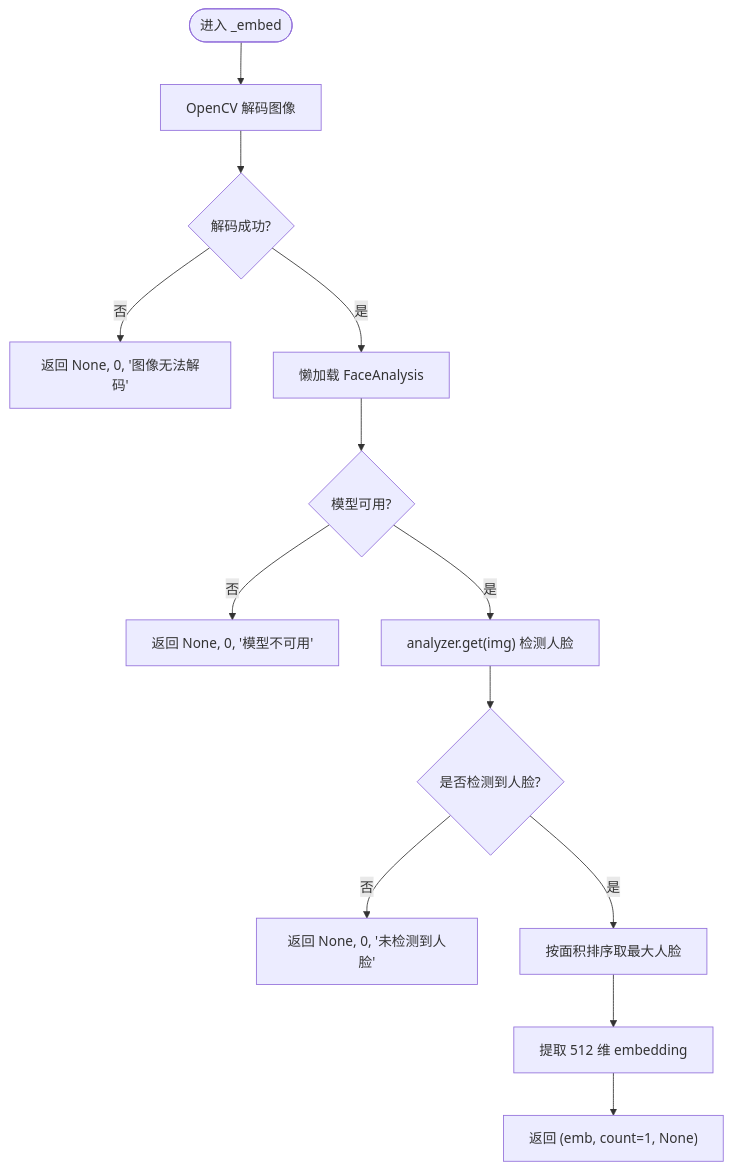
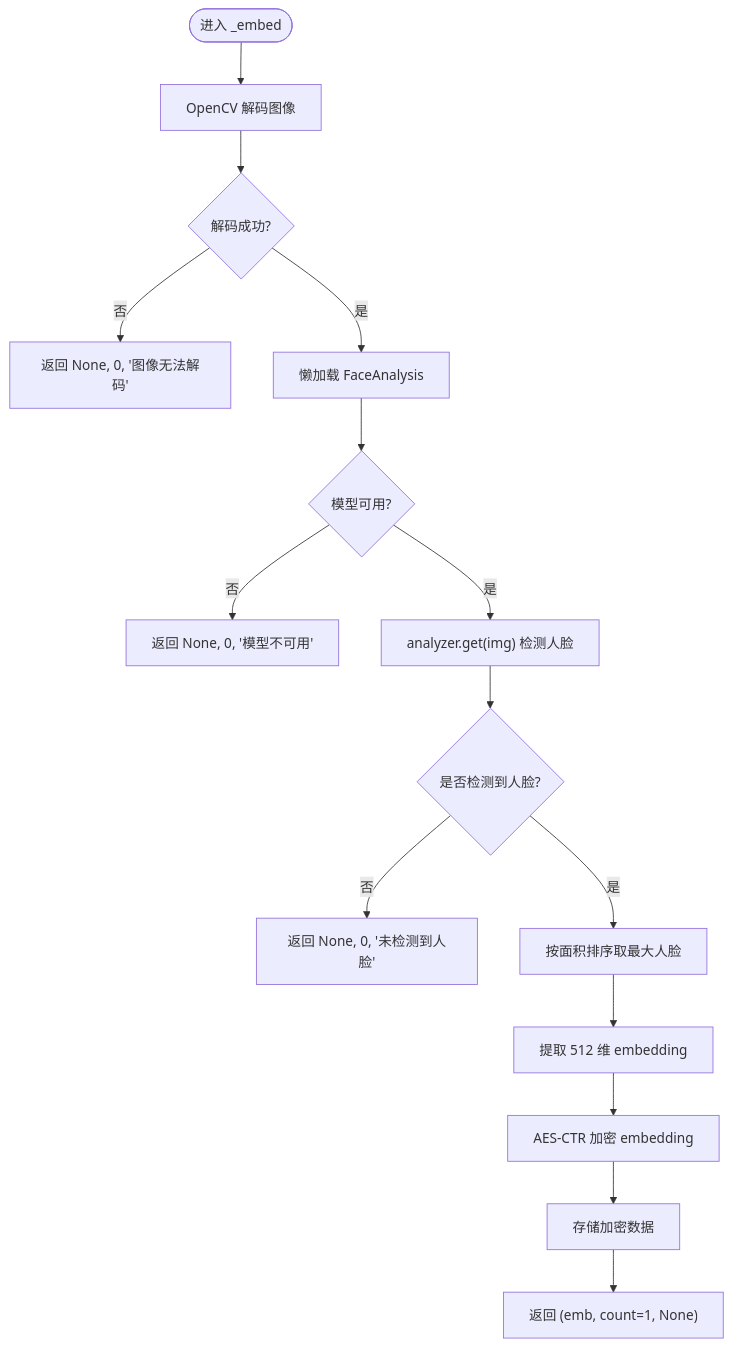
The third of 5 diagrams in .qoder/repowiki/zh/content/暑假作业打卡系统/核心业务功能/人脸识别系统.md (onebody/homework), drawn with Mermaid before and after one commit. The commit also changed other lines of this file and 14 other files, not shown here.

````diff
--- a/.qoder/repowiki/zh/content/暑假作业打卡系统/核心业务功能/人脸识别系统.md
+++ b/.qoder/repowiki/zh/content/暑假作业打卡系统/核心业务功能/人脸识别系统.md
@@ -196,15 +219,17 @@
 ```mermaid
 flowchart TD
 Start(["进入 _embed"]) --> Decode["OpenCV 解码图像"]
 Decode --> Decoded{"解码成功?"}
 Decoded --> |否| ReturnErr["返回 None, 0, '图像无法解码'"]
 Decoded --> |是| GetAnalyzer["懒加载 FaceAnalysis"]
 GetAnalyzer --> AnalyzerOK{"模型可用?"}
 AnalyzerOK --> |否| ReturnModel["返回 None, 0, '模型不可用'"]
 AnalyzerOK --> |是| Detect["analyzer.get(img) 检测人脸"]
 Detect --> HasFaces{"是否检测到人脸?"}
 HasFaces --> |否| ReturnNoFace["返回 None, 0, '未检测到人脸'"]
 HasFaces --> |是| SortFaces["按面积排序取最大人脸"]
 SortFaces --> ExtractEmb["提取 512 维 embedding"]
-ExtractEmb --> ReturnOk["返回 (emb, count=1, None)"]
+ExtractEmb --> Encrypt["AES-CTR 加密 embedding"]
+Encrypt --> Store["存储加密数据"]
+Store --> ReturnOk["返回 (emb, count=1, None)"]
 ```
````
